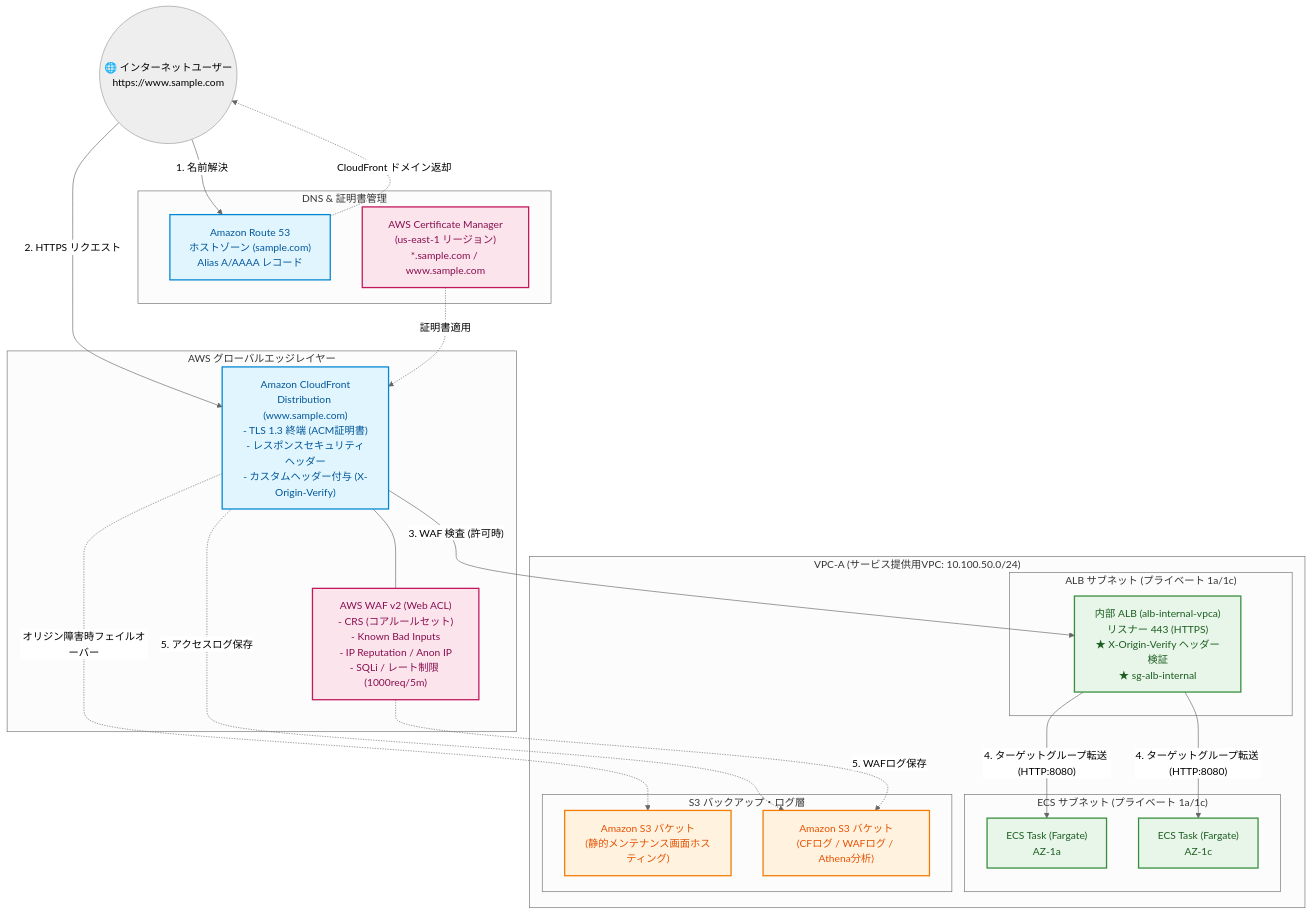
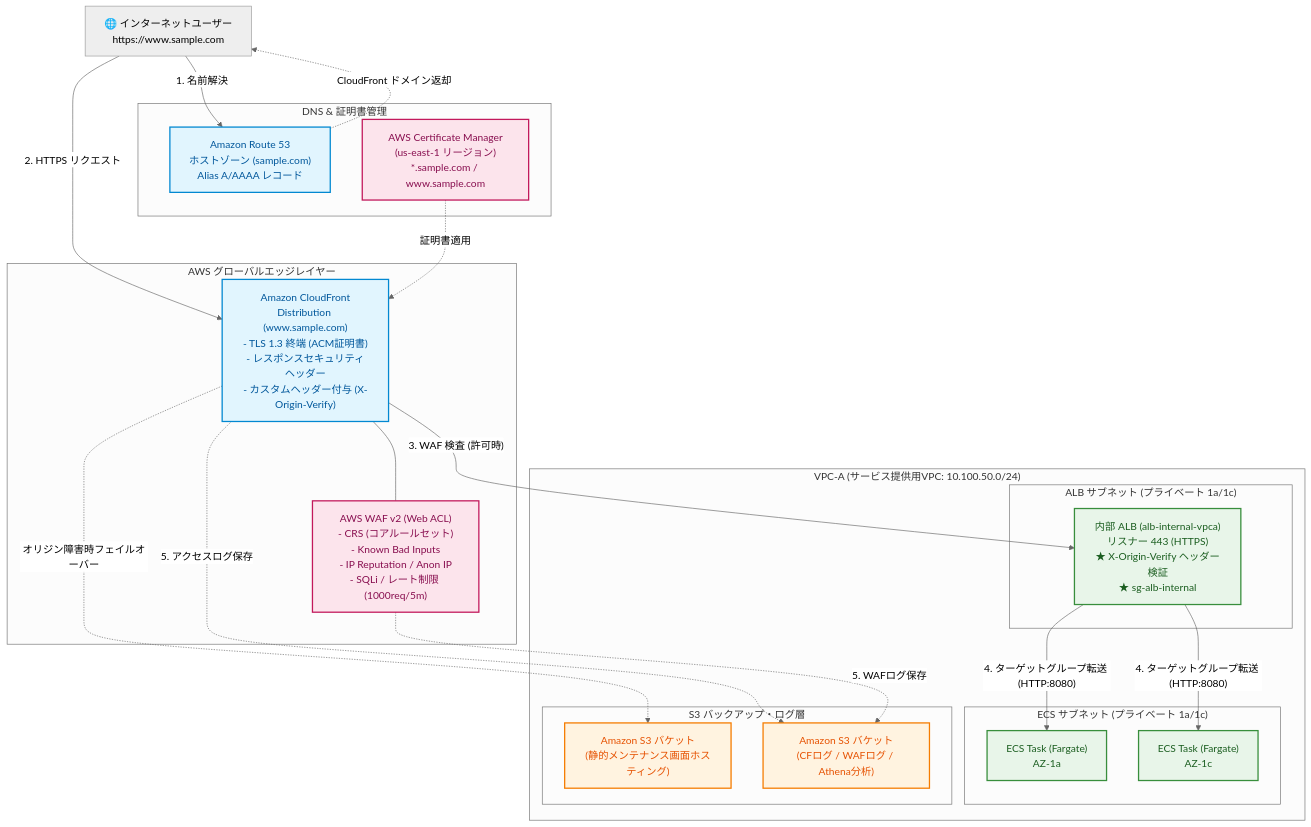
The second of 17 diagrams in AWS：CloudFront.md (hide104y/markdown), drawn with Mermaid (neutral theme) before and after one commit. The commit also changed other lines of this file and 3 other files, not shown here.

Commit message:
GitHubのMermaidパーサーとの互換性考慮

````diff
--- a/AWS：CloudFront.md
+++ b/AWS：CloudFront.md
@@ -137,53 +137,53 @@
 ```mermaid
 flowchart TB
-    InternetUser(("🌐 インターネットユーザー<br>https://www.sample.com"))
+    InternetUser["🌐 インターネットユーザー<br>https://www.sample.com"]
 
     subgraph DNS_Layer ["DNS & 証明書管理"]
         R53["Amazon Route 53<br>ホストゾーン (sample.com)<br>Alias A/AAAA レコード"]
         ACM["AWS Certificate Manager<br>(us-east-1 リージョン)<br>*.sample.com / www.sample.com"]
     end
 
     subgraph EdgeLayer ["AWS グローバルエッジレイヤー"]
         CF["Amazon CloudFront<br>Distribution (www.sample.com)<br>- TLS 1.3 終端 (ACM証明書)<br>- レスポンスセキュリティヘッダー<br>- カスタムヘッダー付与 (X-Origin-Verify)"]
         WAF["AWS WAF v2 (Web ACL)<br>- CRS (コアルールセット)<br>- Known Bad Inputs<br>- IP Reputation / Anon IP<br>- SQLi / レート制限 (1000req/5m)"]
         CF --- WAF
     end
 
     subgraph VPCA ["VPC-A (サービス提供用VPC: 10.100.50.0/24)"]
         subgraph SubnetALB ["ALB サブネット (プライベート 1a/1c)"]
             ALB["内部 ALB (alb-internal-vpca)<br>リスナー 443 (HTTPS)<br>★ X-Origin-Verify ヘッダー検証<br>★ sg-alb-internal"]
         end
 
         subgraph SubnetECS ["ECS サブネット (プライベート 1a/1c)"]
             ECS1["ECS Task (Fargate)<br>AZ-1a"]
             ECS2["ECS Task (Fargate)<br>AZ-1c"]
         end
 
         subgraph S3_Origins ["S3 バックアップ・ログ層"]
             S3_Maint["Amazon S3 バケット<br>(静的メンテナンス画面ホスティング)"]
             S3_Logs["Amazon S3 バケット<br>(CFログ / WAFログ / Athena分析)"]
         end
     end
 
     %% 通信フロー
     InternetUser -->|"1. 名前解決"| R53
     R53 -.->|"CloudFront ドメイン返却"| InternetUser
     InternetUser -->|"2. HTTPS リクエスト"| CF
     ACM -.->|"証明書適用"| CF
     CF -->|"3. WAF 検査 (許可時)"| ALB
     CF -.->|"オリジン障害時フェイルオーバー"| S3_Maint
     ALB -->|"4. ターゲットグループ転送 (HTTP:8080)"| ECS1
     ALB -->|"4. ターゲットグループ転送 (HTTP:8080)"| ECS2
     CF -.->|"5. アクセスログ保存"| S3_Logs
     WAF -.->|"5. WAFログ保存"| S3_Logs
 
     classDef edge fill:#e1f5fe,stroke:#0288d1,stroke-width:2px,color:#01579b;
     classDef aws fill:#e8f5e9,stroke:#388e3c,stroke-width:2px,color:#1b5e20;
     classDef sec fill:#fce4ec,stroke:#c2185b,stroke-width:2px,color:#880e4f;
     classDef storage fill:#fff3e0,stroke:#f57c00,stroke-width:2px,color:#e65100;
 
     class CF,R53 edge;
     class WAF,ACM sec;
     class ALB,ECS1,ECS2 aws;
     class S3_Maint,S3_Logs storage;
 ```
````
